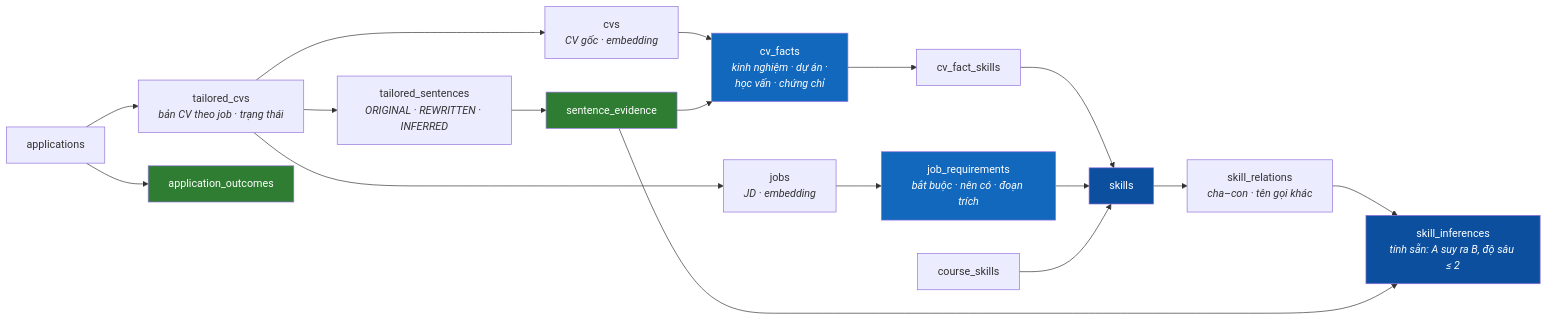
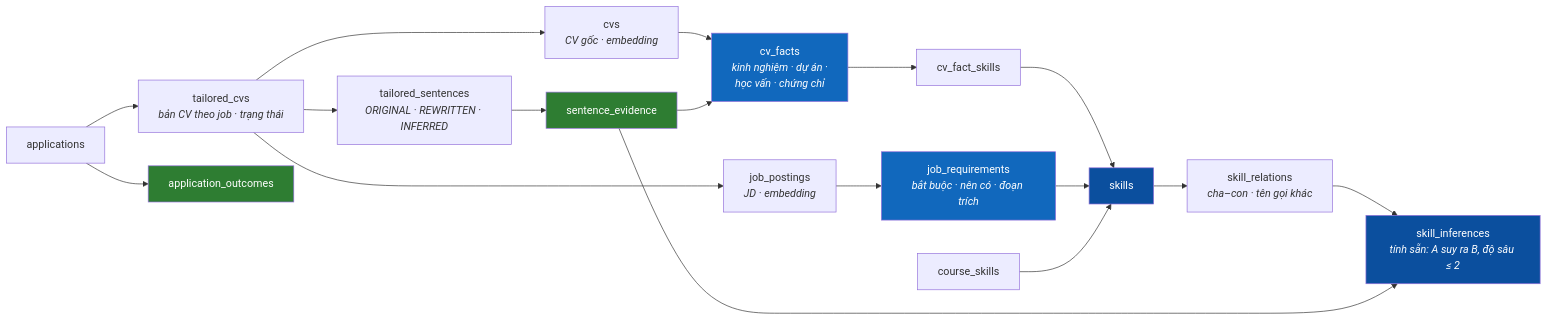
The second of 2 diagrams in docs/architecture/ai-pipeline.md (DuykoNgu/auto_apply_jobs), drawn with Mermaid before and after one commit. The commit also changed other lines of this file and 19 other files, not shown here.

First line of the commit message:
Add detailed UML design, database schema, and business rules

````diff
--- a/docs/architecture/ai-pipeline.md
+++ b/docs/architecture/ai-pipeline.md
@@ -125,36 +125,36 @@
 ```mermaid
 flowchart LR
     cvs["cvs<br/><i>CV gốc · embedding</i>"]
     facts["cv_facts<br/><i>kinh nghiệm · dự án ·<br/>học vấn · chứng chỉ</i>"]
     fs["cv_fact_skills"]
     skills["skills"]
     rel["skill_relations<br/><i>cha–con · tên gọi khác</i>"]
     inf["skill_inferences<br/><i>tính sẵn: A suy ra B, độ sâu ≤ 2</i>"]
-    jobs["jobs<br/><i>JD · embedding</i>"]
+    jobs["job_postings<br/><i>JD · embedding</i>"]
     req["job_requirements<br/><i>bắt buộc · nên có · đoạn trích</i>"]
     tcv["tailored_cvs<br/><i>bản CV theo job · trạng thái</i>"]
     sen["tailored_sentences<br/><i>ORIGINAL · REWRITTEN · INFERRED</i>"]
     ev["sentence_evidence"]
     app["applications"]
     out["application_outcomes"]
     crs["course_skills"]
 
     cvs --> facts --> fs --> skills
     skills --> rel --> inf
     jobs --> req --> skills
     tcv --> cvs
     tcv --> jobs
     tcv --> sen --> ev
     ev --> facts
     ev --> inf
     app --> tcv
     app --> out
     crs --> skills
 
     style skills fill:#0b4f9e,color:#fff
     style inf fill:#0b4f9e,color:#fff
     style facts fill:#1168bd,color:#fff
     style req fill:#1168bd,color:#fff
     style ev fill:#2e7d32,color:#fff
     style out fill:#2e7d32,color:#fff
 ```
````
